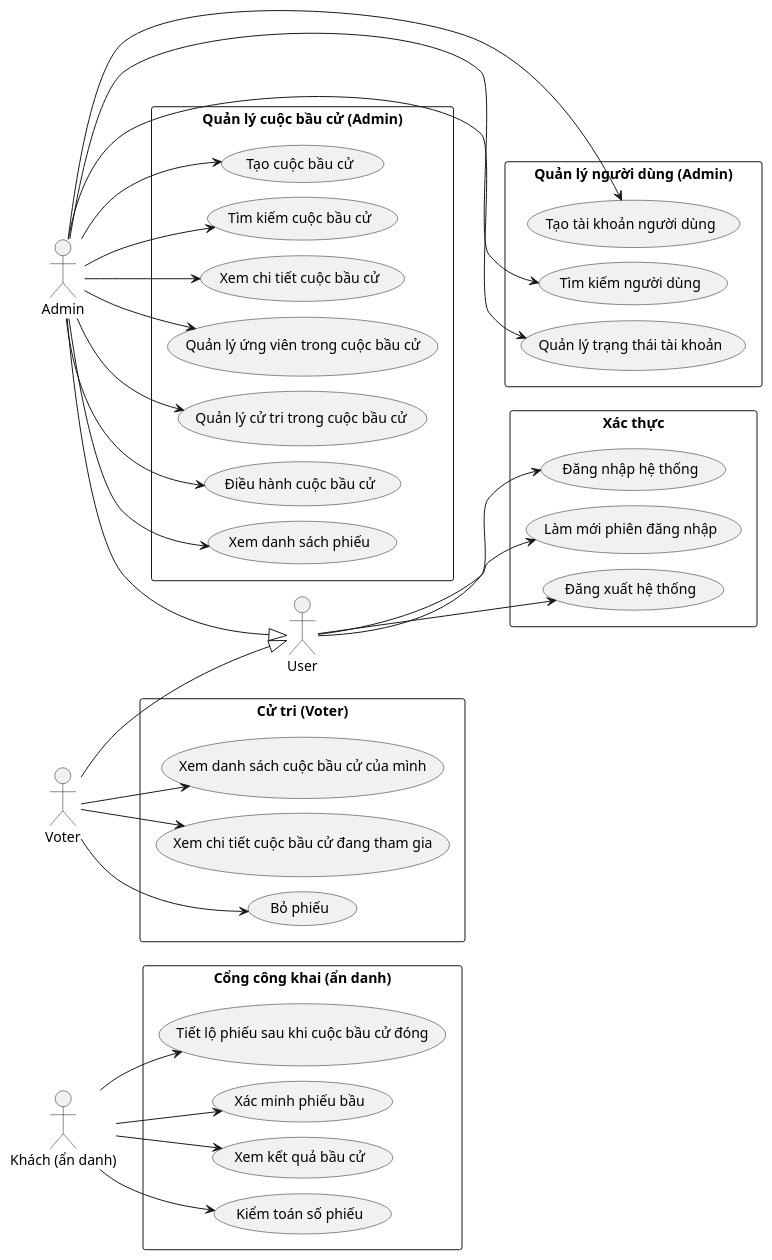
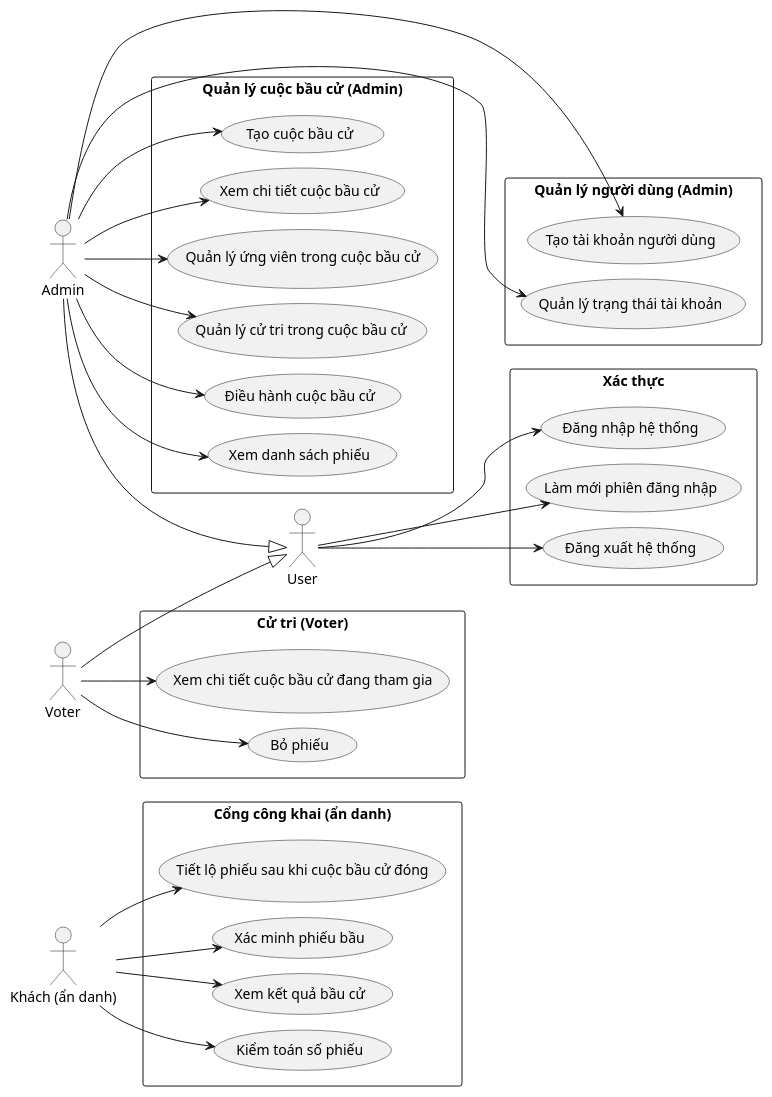
One commit to Tuienn/e-voting-latex changed the diagram in PlantUML/Usecase/Tong-quan-he-thong.puml. Above: the diagram before and after it, drawn with PlantUML. The commit also changed 61 other files, not shown here.

```diff
--- a/PlantUML/Usecase/Tong-quan-he-thong.puml
+++ b/PlantUML/Usecase/Tong-quan-he-thong.puml
@@ -1,78 +1,72 @@
 @startuml TongQuanHeThong_UC
 left to right direction
 skinparam packageStyle rectangle
 skinparam ranksep 30
 skinparam nodesep 15
 
 actor "User" as user
 actor "Admin" as admin
 actor "Voter" as voter
 actor "Khách (ẩn danh)" as guest
 
 admin --|> user
 voter --|> user
 
 together {
   rectangle "Xác thực" {
     usecase "Đăng nhập hệ thống" as UC_SignIn
     usecase "Làm mới phiên đăng nhập" as UC_Refresh
     usecase "Đăng xuất hệ thống" as UC_SignOut
   }
 
   rectangle "Quản lý người dùng (Admin)" {
     usecase "Tạo tài khoản người dùng" as UC_CreateUser
-    usecase "Tìm kiếm người dùng" as UC_SearchUser
     usecase "Quản lý trạng thái tài khoản" as UC_StatusUser
   }
 }
 
 rectangle "Quản lý cuộc bầu cử (Admin)" {
   usecase "Tạo cuộc bầu cử" as UC_CreateElec
-  usecase "Tìm kiếm cuộc bầu cử" as UC_SearchElec
   usecase "Xem chi tiết cuộc bầu cử" as UC_ViewElec
   usecase "Quản lý ứng viên trong cuộc bầu cử" as UC_MngCand
   usecase "Quản lý cử tri trong cuộc bầu cử" as UC_MngVoter
   usecase "Điều hành cuộc bầu cử" as UC_RunElec
   usecase "Xem danh sách phiếu" as UC_ViewVotes
 }
 
 together {
   rectangle "Cử tri (Voter)" {
-    usecase "Xem danh sách cuộc bầu cử của mình" as UC_MyElecs
     usecase "Xem chi tiết cuộc bầu cử đang tham gia" as UC_MyElecDetail
     usecase "Bỏ phiếu" as UC_Vote
   }
 
   rectangle "Cổng công khai (ẩn danh)" {
     usecase "Tiết lộ phiếu sau khi cuộc bầu cử đóng" as UC_Reveal
     usecase "Xác minh phiếu bầu" as UC_Verify
     usecase "Xem kết quả bầu cử" as UC_Tally
     usecase "Kiểm toán số phiếu" as UC_Audit
   }
 }
 
 user --> UC_SignIn
 user --> UC_Refresh
 user --> UC_SignOut
 
 admin --> UC_CreateUser
-admin --> UC_SearchUser
 admin --> UC_StatusUser
 
 admin --> UC_CreateElec
-admin --> UC_SearchElec
 admin --> UC_ViewElec
 admin --> UC_MngCand
 admin --> UC_MngVoter
 admin --> UC_RunElec
 admin --> UC_ViewVotes
 
-voter --> UC_MyElecs
 voter --> UC_MyElecDetail
 voter --> UC_Vote
 
 guest --> UC_Reveal
 guest --> UC_Verify
 guest --> UC_Tally
 guest --> UC_Audit
 @enduml
```
